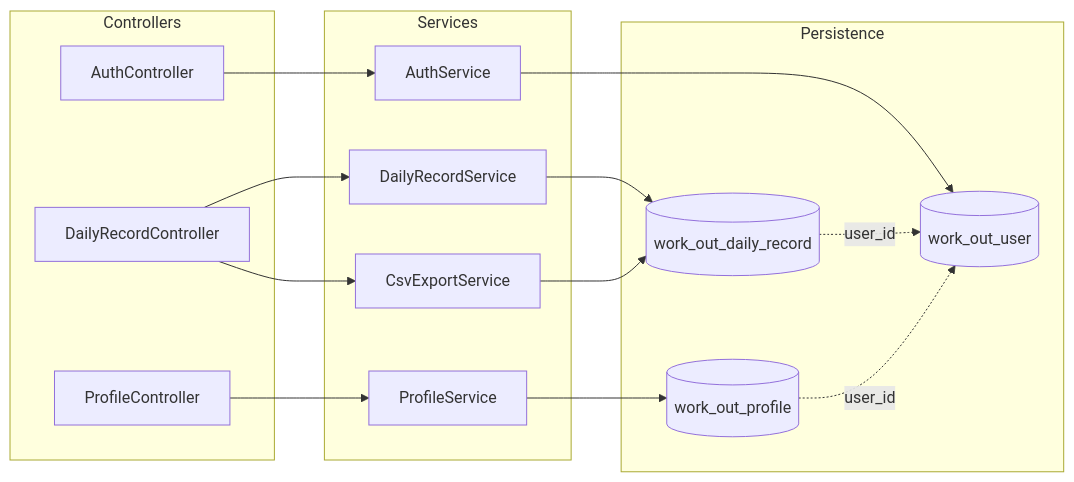
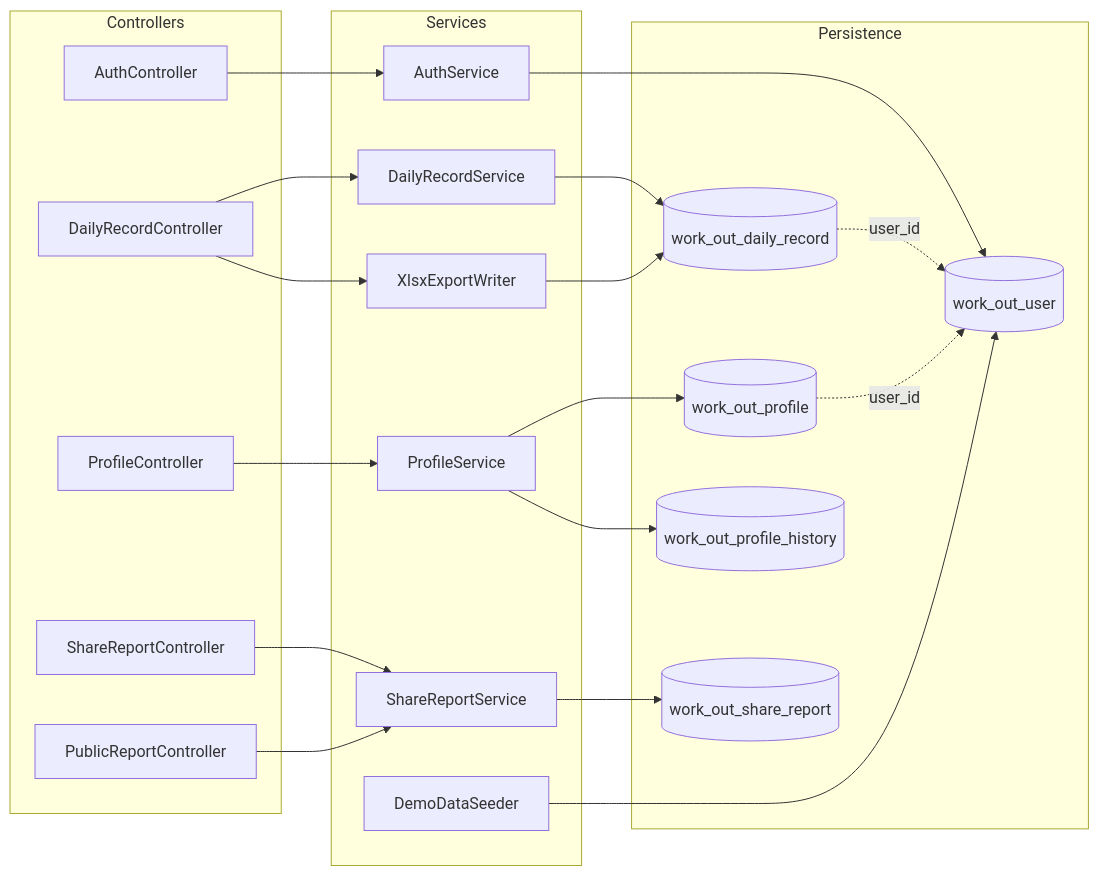
One commit to lippchan-cloud/workOut changed the fourth of 11 diagrams in doc/workOut-技术架构.md. Above: the diagram before and after it, drawn with Mermaid. The commit also changed other lines of this file and 21 other files, not shown here.

````diff
--- a/doc/workOut-技术架构.md
+++ b/doc/workOut-技术架构.md
@@ -126,32 +130,43 @@
 ```mermaid
 flowchart LR
   subgraph Controllers
     C0["AuthController"]
     C1["DailyRecordController"]
     C2["ProfileController"]
+    C3["ShareReportController"]
+    C4["PublicReportController"]
   end
 
   subgraph Services
     S0["AuthService"]
     S1["DailyRecordService"]
     S2["ProfileService"]
-    S3["CsvExportService"]
+    S3["XlsxExportWriter"]
+    S4["ShareReportService"]
+    S5["DemoDataSeeder"]
   end
 
   subgraph Persistence
     T0[("work_out_user")]
     T1[("work_out_daily_record")]
     T2[("work_out_profile")]
+    T3[("work_out_profile_history")]
+    T4[("work_out_share_report")]
   end
 
   C0 --> S0
   C1 --> S1
   C1 --> S3
   C2 --> S2
+  C3 --> S4
+  C4 --> S4
+  S5 --> T0
   S0 --> T0
   S1 --> T1
   S3 --> T1
   S2 --> T2
+  S2 --> T3
+  S4 --> T4
   T1 -.->|user_id| T0
   T2 -.->|user_id| T0
 ```
````
